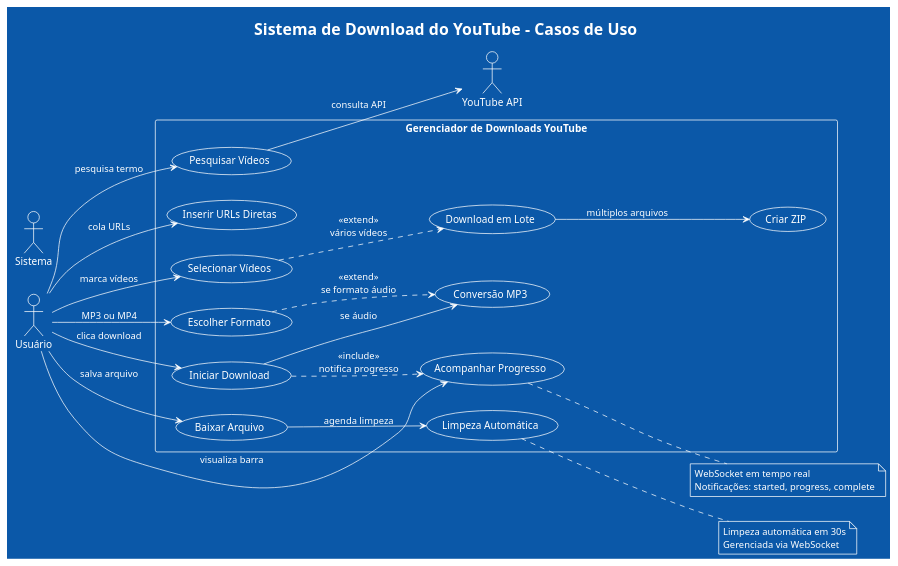
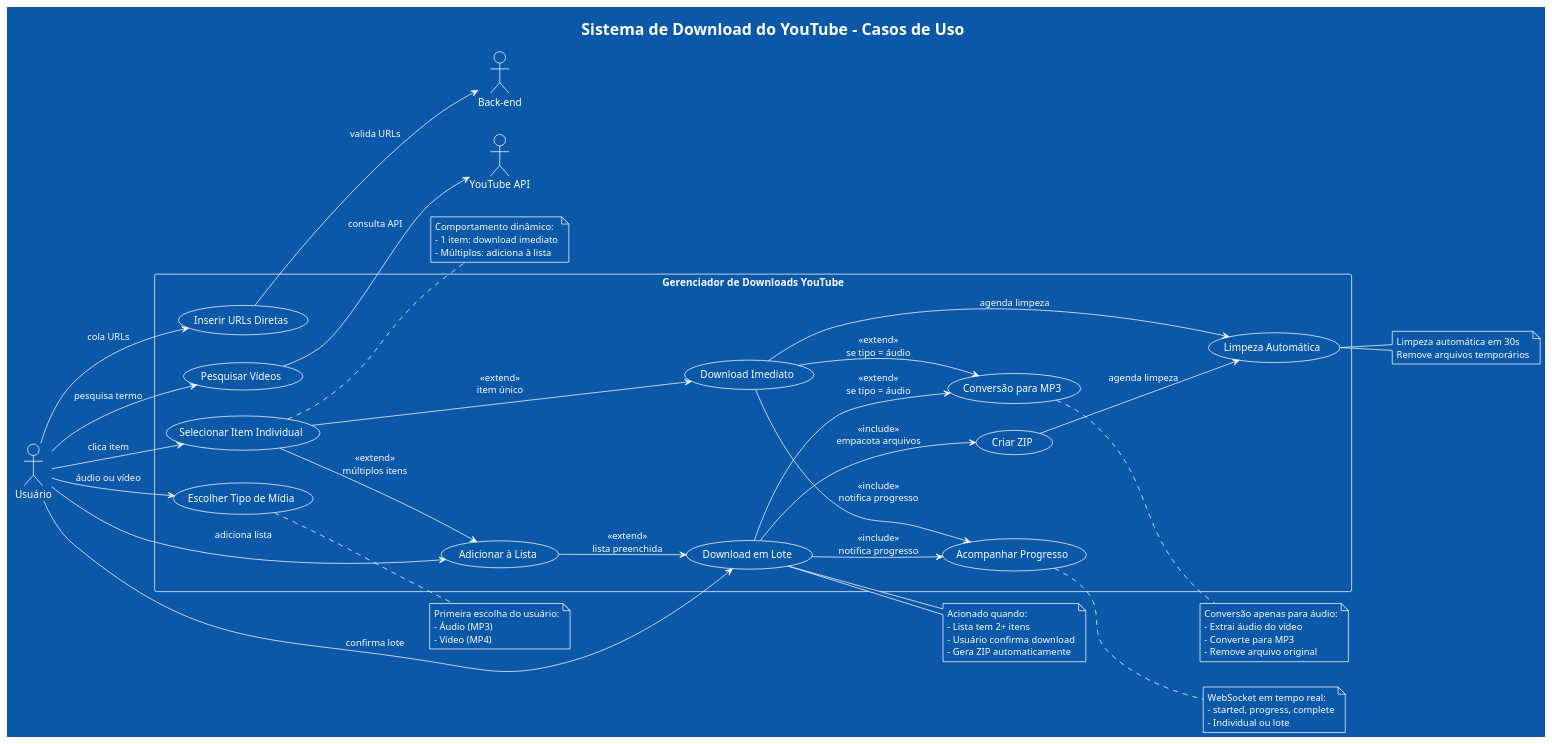
Before and after one commit to GuilhermeSsampaio/trabalho_ger_redes: the diagram in usecase.puml, drawn with PlantUML. The commit also changed 5 other files, not shown here.

Commit message:
diagramas e antes de editar

```diff
--- a/usecase.puml
+++ b/usecase.puml
@@ -1,56 +1,93 @@
 @startuml UseCase_YouTubeDownloader
 !theme amiga
 
 title Sistema de Download do YouTube - Casos de Uso
 
 left to right direction
 
 actor "Usuário" as User
 actor "YouTube API" as YT
-actor "Sistema" as Sys
+actor "Back-end" as API
 
 rectangle "Gerenciador de Downloads YouTube" {
   usecase "Pesquisar Vídeos" as UC1
   usecase "Inserir URLs Diretas" as UC2
-  usecase "Selecionar Vídeos" as UC3
-  usecase "Escolher Formato" as UC4
-  usecase "Iniciar Download" as UC5
-  usecase "Acompanhar Progresso" as UC6
-  usecase "Baixar Arquivo" as UC7
+  usecase "Escolher Tipo de Mídia" as UC3
+  usecase "Selecionar Item Individual" as UC4
+  usecase "Adicionar à Lista" as UC5
+  usecase "Download Imediato" as UC6
+  usecase "Acompanhar Progresso" as UC7
   usecase "Download em Lote" as UC8
-  usecase "Conversão MP3" as UC9
-  usecase "Criar ZIP" as UC10
+  usecase "Criar ZIP" as UC9
+  usecase "Conversão para MP3" as UC10
   usecase "Limpeza Automática" as UC11
 }
 
-' Relacionamentos Usuário
+' Relacionamentos Usuário - Entrada
 User --> UC1 : pesquisa termo
 User --> UC2 : cola URLs
-User --> UC3 : marca vídeos
-User --> UC4 : MP3 ou MP4
-User --> UC5 : clica download
-User --> UC6 : visualiza barra
-User --> UC7 : salva arquivo
+User --> UC3 : áudio ou vídeo
 
-' Relacionamentos Sistema
+' Relacionamentos Usuário - Seleção
+User --> UC4 : clica item
+User --> UC5 : adiciona lista
+User --> UC8 : confirma lote
+
+' Relacionamentos Sistema - API
 UC1 --> YT : consulta API
-UC5 --> UC9 : se áudio
-UC8 --> UC10 : múltiplos arquivos
-UC7 --> UC11 : agenda limpeza
+UC2 --> API : valida URLs
 
-' Extensões e Inclusões
-UC3 ..> UC8 : <<extend>>\nvários vídeos
-UC5 ..> UC6 : <<include>>\nnotifica progresso
-UC4 ..> UC9 : <<extend>>\nse formato áudio
+' Relacionamentos Sistema - Fluxo Principal
+UC4 --> UC6 : <<extend>>\nitem único
+UC4 --> UC5 : <<extend>>\nmúltiplos itens
+UC5 --> UC8 : <<extend>>\nlista preenchida
 
-note right of UC6
-  WebSocket em tempo real
-  Notificações: started, progress, complete
+' Relacionamentos Sistema - Download
+UC6 --> UC7 : <<include>>\nnotifica progresso
+UC8 --> UC9 : <<include>>\nempacota arquivos
+UC8 --> UC7 : <<include>>\nnotifica progresso
+
+' Relacionamentos Sistema - Processamento (só para áudio)
+UC6 --> UC10 : <<extend>>\nse tipo = áudio
+UC8 --> UC10 : <<extend>>\nse tipo = áudio
+UC6 --> UC11 : agenda limpeza
+UC9 --> UC11 : agenda limpeza
+
+note right of UC3
+  Primeira escolha do usuário:
+  - Áudio (MP3)
+  - Vídeo (MP4)
+end note
+
+note right of UC4
+  Comportamento dinâmico:
+  - 1 item: download imediato
+  - Múltiplos: adiciona à lista
+end note
+
+note right of UC8
+  Acionado quando:
+  - Lista tem 2+ itens
+  - Usuário confirma download
+  - Gera ZIP automaticamente
+end note
+
+note right of UC7
+  WebSocket em tempo real:
+  - started, progress, complete
+  - Individual ou lote
+end note
+
+note right of UC10
+  Conversão apenas para áudio:
+  - Extrai áudio do vídeo
+  - Converte para MP3
+  - Remove arquivo original
 end note
 
 note right of UC11
   Limpeza automática em 30s
-  Gerenciada via WebSocket
+  Remove arquivos temporários
 end note
 
 @enduml
```
